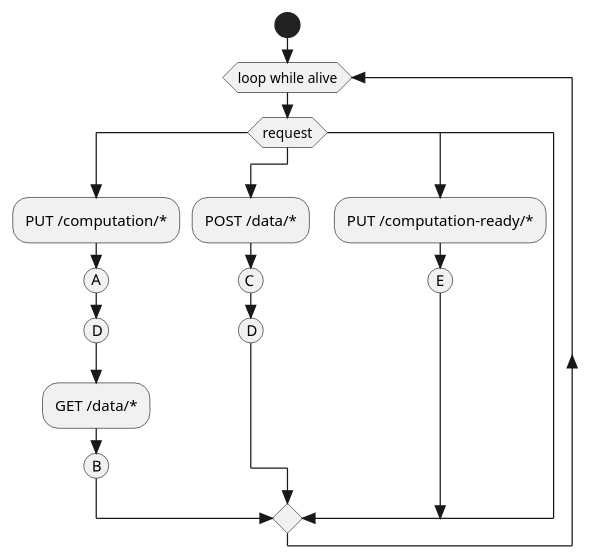
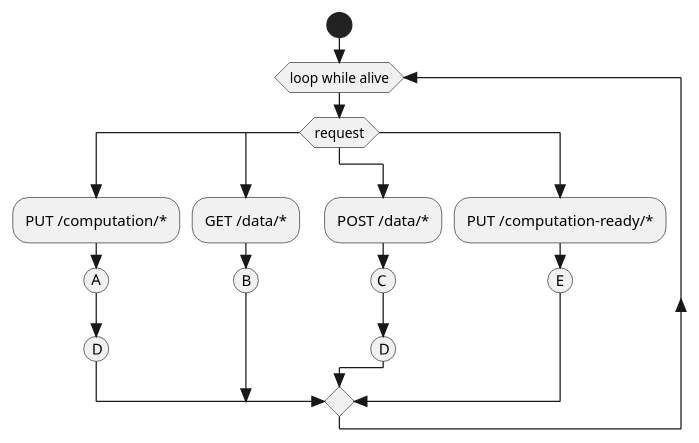
The diagram in img/workerops.puml (jcai849/thesis), drawn with PlantUML before and after one commit. The commit also changed other lines of this file and 6 other files, not shown here.

```diff
--- a/img/workerops.puml
+++ b/img/workerops.puml
@@ -1,27 +1,27 @@
 @startuml
 skinparam monochrome true
 skinparam shadowing false
 skinparam style strictuml
 
 start
 while (loop while alive)
 switch (request)
 case ( )
 :PUT /computation/*;
 (A)
 (D)
+case ( )
 :GET /data/*;
 (B)
 case ( )
 :POST /data/*;
 (C)
 (D)
 case ( )
 :PUT /computation-ready/*;
 (E)
-case ( )
 endswitch
 endwhile
 -[hidden]->
 detach
 @enduml
```
